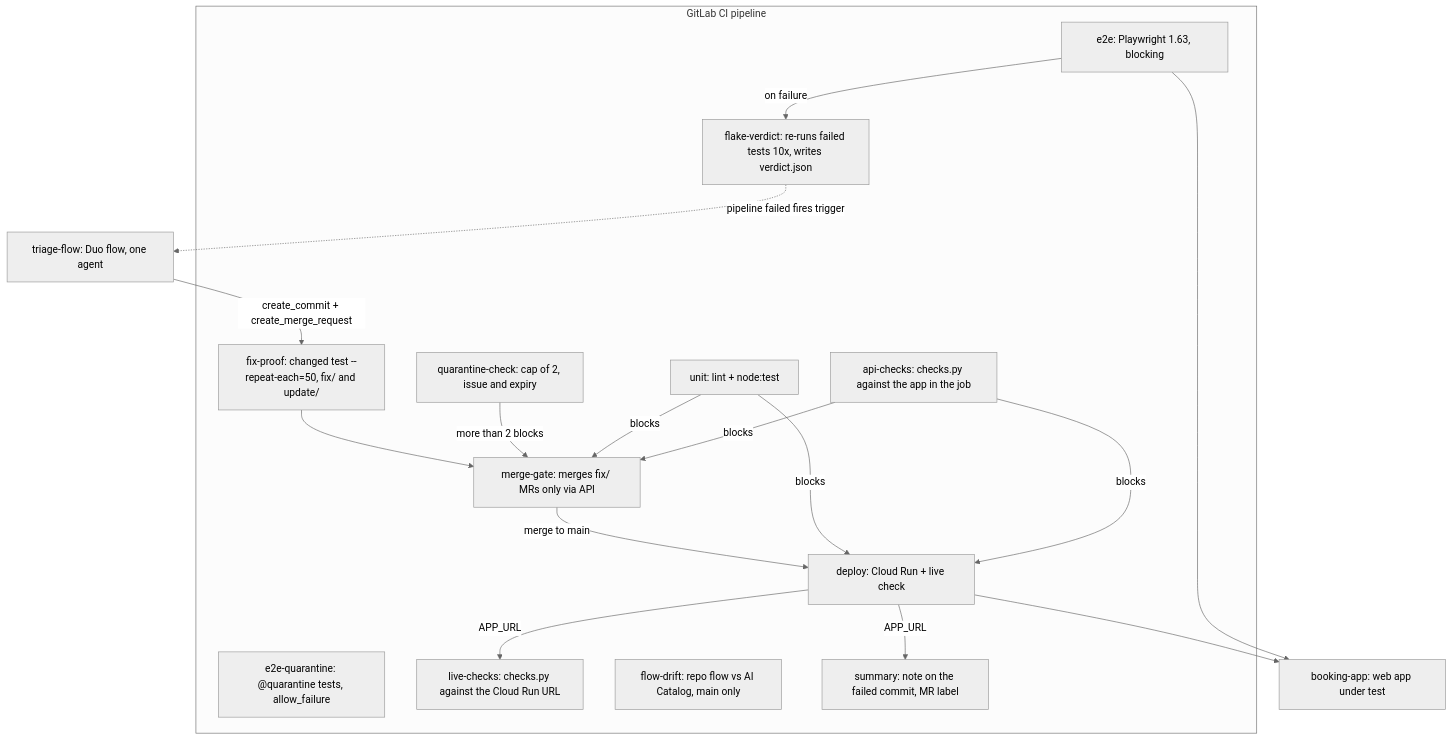
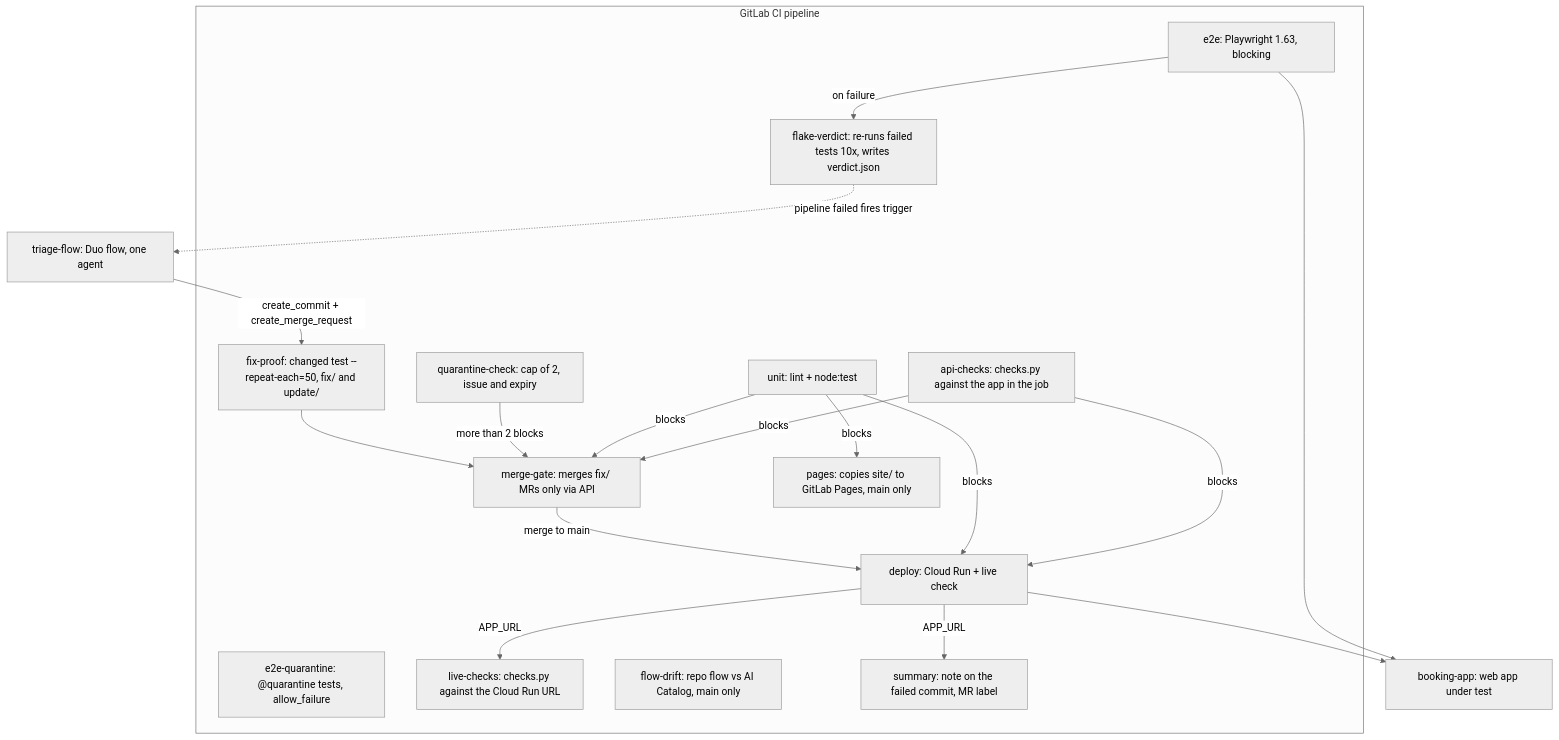
One commit to gmassello/plumb changed the second of 2 diagrams in docs/ARCHITECTURE.md. Above: the diagram before and after it, drawn with Mermaid (neutral theme). The commit also changed other lines of this file and 16 other files, not shown here.

Commit message:
Add Plumb's project page and publish it to GitLab Pages

````diff
--- a/docs/ARCHITECTURE.md
+++ b/docs/ARCHITECTURE.md
@@ -57,33 +57,35 @@
 ```mermaid
 graph TB
   subgraph pipeline[GitLab CI pipeline]
     e2e[e2e: Playwright 1.63, blocking]
     verdict[flake-verdict: re-runs failed tests 10x, writes verdict.json]
     proof[fix-proof: changed test --repeat-each=50, fix/ and update/]
     gate[merge-gate: merges fix/ MRs only via API]
     quar[e2e-quarantine: @quarantine tests, allow_failure]
     qcheck[quarantine-check: cap of 2, issue and expiry]
     unit[unit: lint + node:test]
     api[api-checks: checks.py against the app in the job]
     live[live-checks: checks.py against the Cloud Run URL]
     drift[flow-drift: repo flow vs AI Catalog, main only]
     deploy[deploy: Cloud Run + live check]
     summary[summary: note on the failed commit, MR label]
+    pages[pages: copies site/ to GitLab Pages, main only]
   end
   flow[triage-flow: Duo flow, one agent]
   app[booking-app: web app under test]
   e2e -->|on failure| verdict
   verdict -.->|pipeline failed fires trigger| flow
   flow -->|create_commit + create_merge_request| proof
   proof --> gate
   qcheck -->|more than 2 blocks| gate
   gate -->|merge to main| deploy
   deploy --> app
   deploy -->|APP_URL| summary
   deploy -->|APP_URL| live
   unit -->|blocks| gate
   api -->|blocks| gate
   unit -->|blocks| deploy
+  unit -->|blocks| pages
   api -->|blocks| deploy
   e2e --> app
 ```
````
